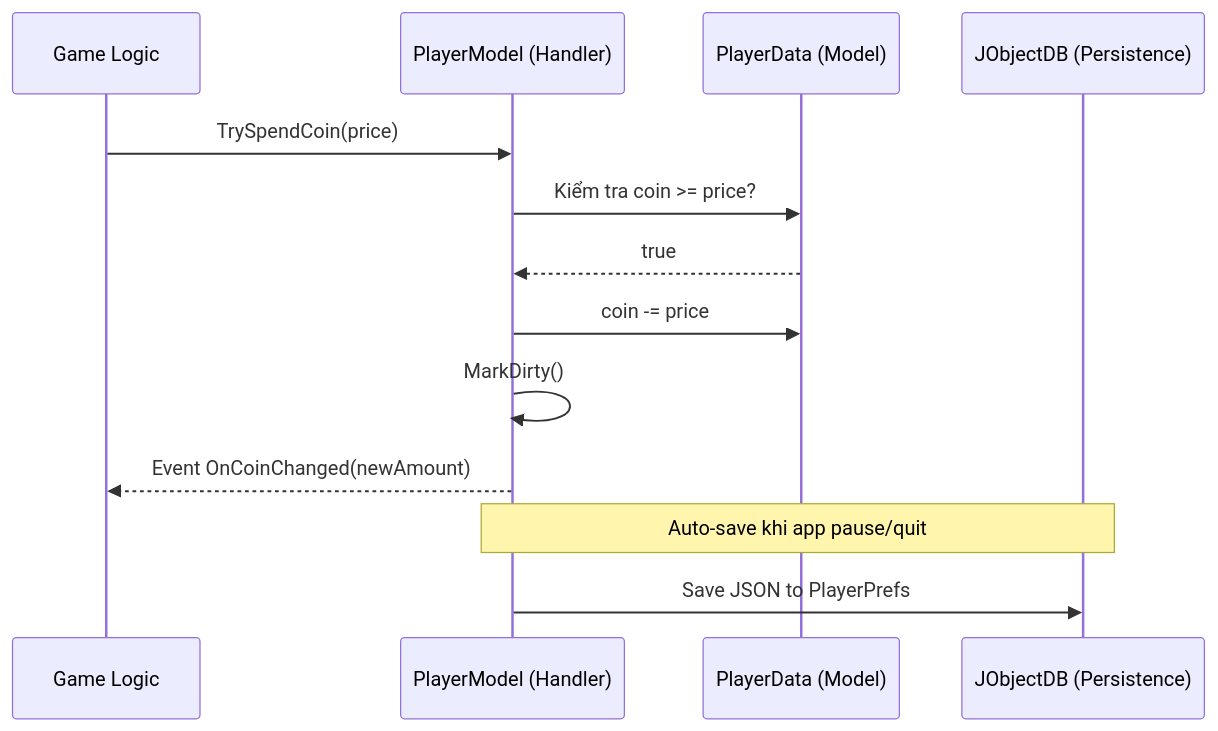
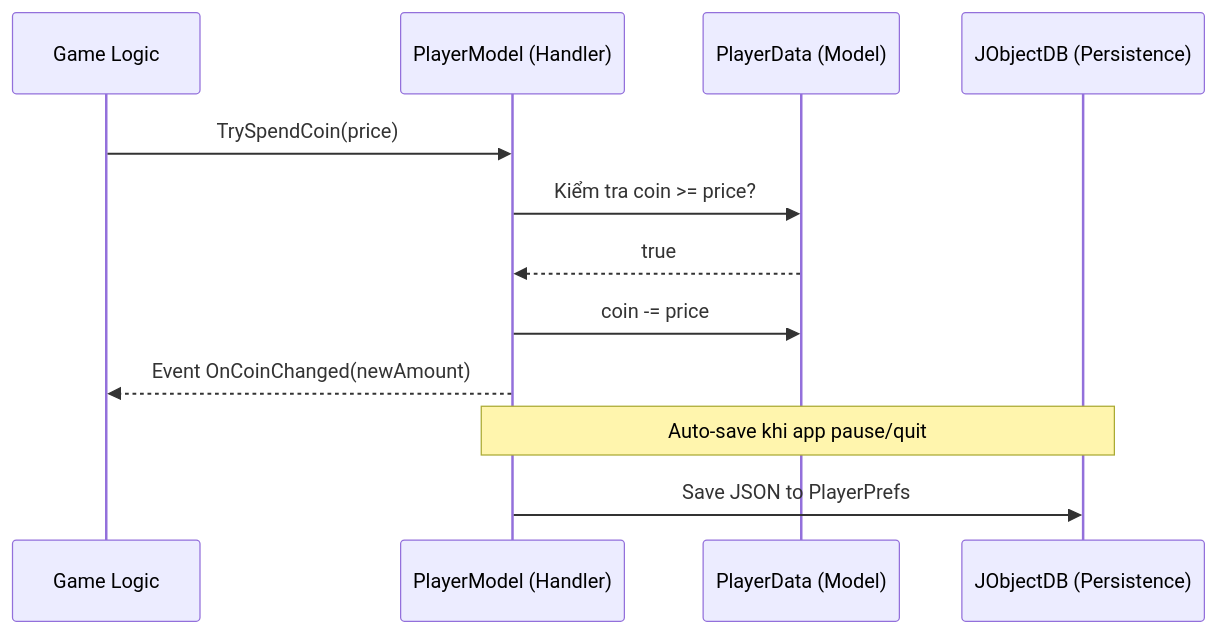
The third of 3 diagrams in data_management_in_unity/index.md (hnb-rabear/hnb-rabear.github.io), drawn with Mermaid before and after one commit. The commit also changed other lines of this file and 4 other files, not shown here.

````diff
--- a/data_management_in_unity/index.md
+++ b/data_management_in_unity/index.md
@@ -120,16 +120,15 @@
 ```mermaid
 sequenceDiagram
     participant GL as Game Logic
     participant PM as PlayerModel (Handler)
     participant PD as PlayerData (Model)
     participant DB as JObjectDB (Persistence)
 
     GL->>PM: TrySpendCoin(price)
     PM->>PD: Kiểm tra coin >= price?
     PD-->>PM: true
     PM->>PD: coin -= price
-    PM->>PM: MarkDirty()
     PM-->>GL: Event OnCoinChanged(newAmount)
     Note over PM,DB: Auto-save khi app pause/quit
     PM->>DB: Save JSON to PlayerPrefs
 ```
````
